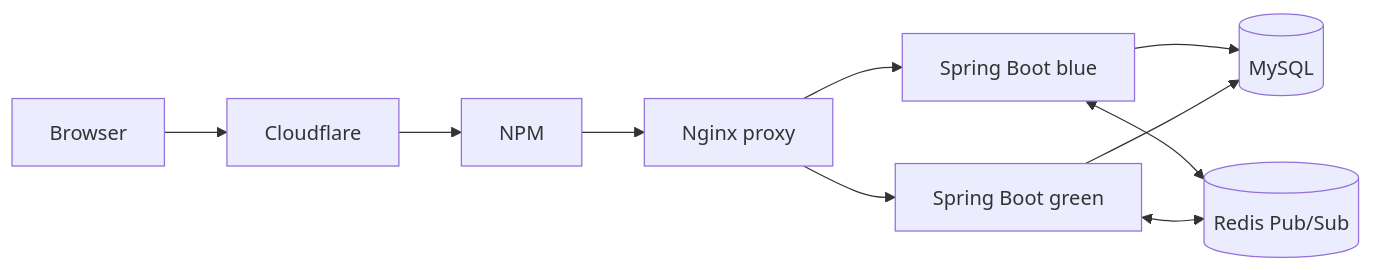
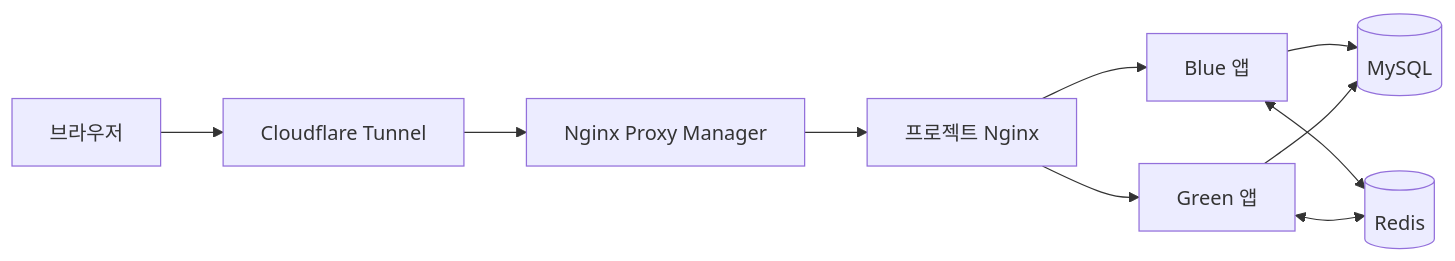
Before and after one commit to dtrtjl0101/chatting: the diagram in README.md, drawn with Mermaid. The commit also changed other lines of this file and 3 other files, not shown here.

````diff
--- a/README.md
+++ b/README.md
@@ -37,10 +37,12 @@
 ```mermaid
 flowchart LR
-    Browser --> Cloudflare --> NPM --> Proxy[Nginx proxy]
-    Proxy --> Blue[Spring Boot blue]
-    Proxy --> Green[Spring Boot green]
+    Browser[브라우저] --> Tunnel[Cloudflare Tunnel]
+    Tunnel --> Proxy[Nginx Proxy Manager]
+    Proxy --> Nginx[프로젝트 Nginx]
+    Nginx --> Blue[Blue 앱]
+    Nginx --> Green[Green 앱]
     Blue --> DB[(MySQL)]
     Green --> DB
-    Blue <--> Redis[(Redis Pub/Sub)]
+    Blue <--> Redis[(Redis)]
     Green <--> Redis
 ```
````
